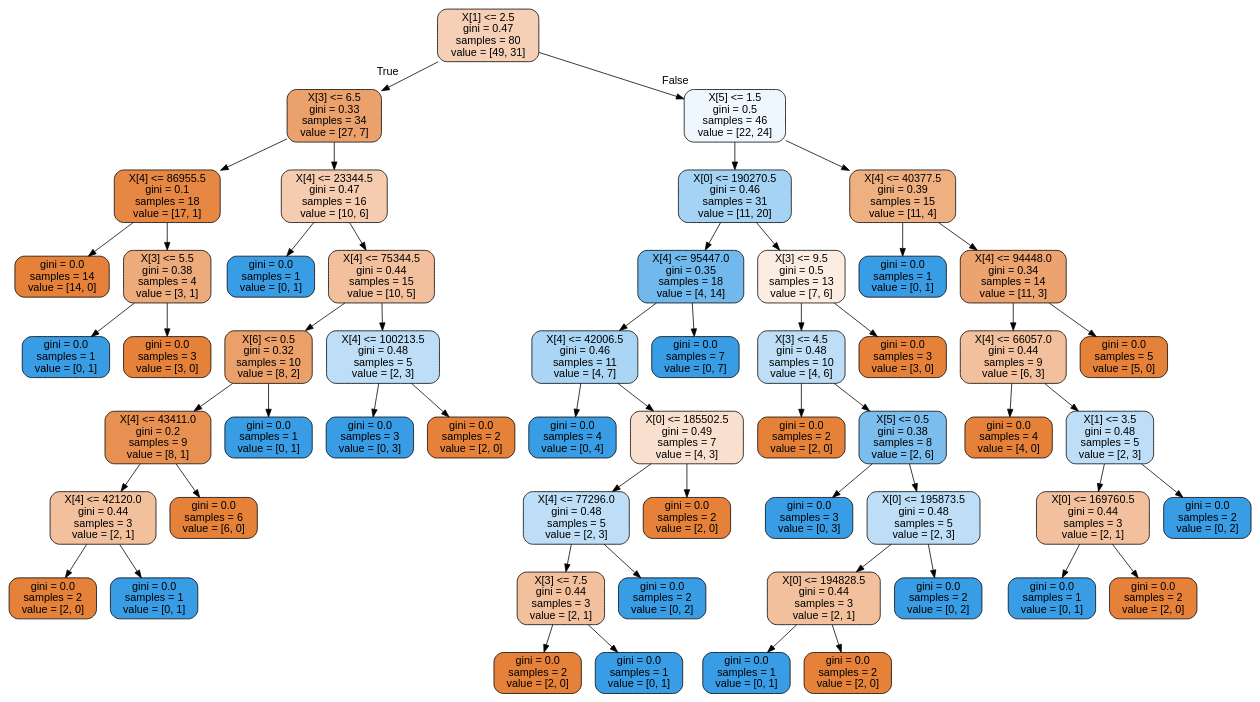
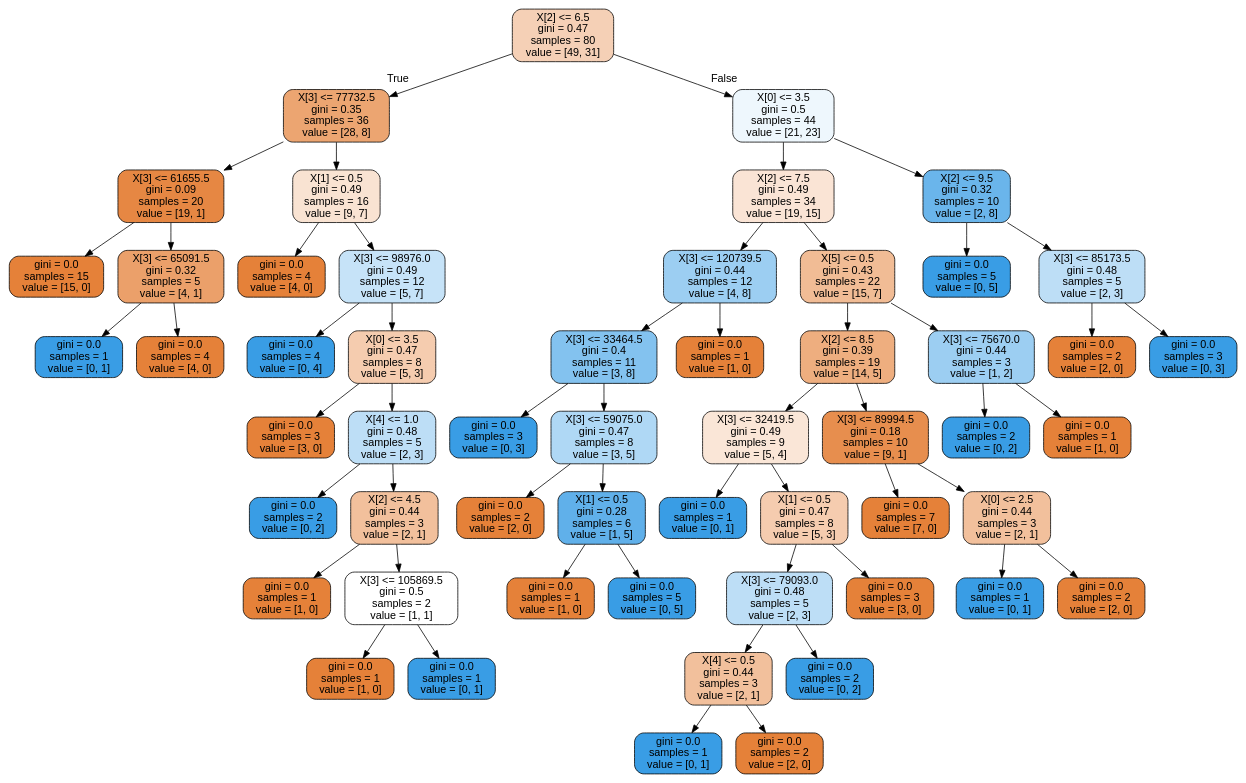
One commit to lostnthought247/DecisionTree1 changed the diagram in tree.dot. Above: the diagram before and after it, drawn with Graphviz. The commit also changed 1 other file, not shown here.

```diff
--- a/tree.dot
+++ b/tree.dot
@@ -1,113 +1,113 @@
 digraph Tree {
 node [shape=box, style="filled, rounded", color="black", fontname=helvetica] ;
 edge [fontname=helvetica] ;
-0 [label="X[1] <= 2.5\ngini = 0.47\nsamples = 80\nvalue = [49, 31]", fillcolor="#e581395e"] ;
-1 [label="X[3] <= 6.5\ngini = 0.33\nsamples = 34\nvalue = [27, 7]", fillcolor="#e58139bd"] ;
+0 [label="X[2] <= 6.5\ngini = 0.47\nsamples = 80\nvalue = [49, 31]", fillcolor="#e581395e"] ;
+1 [label="X[3] <= 77732.5\ngini = 0.35\nsamples = 36\nvalue = [28, 8]", fillcolor="#e58139b6"] ;
 0 -> 1 [labeldistance=2.5, labelangle=45, headlabel="True"] ;
-2 [label="X[4] <= 86955.5\ngini = 0.1\nsamples = 18\nvalue = [17, 1]", fillcolor="#e58139f0"] ;
+2 [label="X[3] <= 61655.5\ngini = 0.09\nsamples = 20\nvalue = [19, 1]", fillcolor="#e58139f2"] ;
 1 -> 2 ;
-3 [label="gini = 0.0\nsamples = 14\nvalue = [14, 0]", fillcolor="#e58139ff"] ;
+3 [label="gini = 0.0\nsamples = 15\nvalue = [15, 0]", fillcolor="#e58139ff"] ;
 2 -> 3 ;
-4 [label="X[3] <= 5.5\ngini = 0.38\nsamples = 4\nvalue = [3, 1]", fillcolor="#e58139aa"] ;
+4 [label="X[3] <= 65091.5\ngini = 0.32\nsamples = 5\nvalue = [4, 1]", fillcolor="#e58139bf"] ;
 2 -> 4 ;
 5 [label="gini = 0.0\nsamples = 1\nvalue = [0, 1]", fillcolor="#399de5ff"] ;
 4 -> 5 ;
-6 [label="gini = 0.0\nsamples = 3\nvalue = [3, 0]", fillcolor="#e58139ff"] ;
+6 [label="gini = 0.0\nsamples = 4\nvalue = [4, 0]", fillcolor="#e58139ff"] ;
 4 -> 6 ;
-7 [label="X[4] <= 23344.5\ngini = 0.47\nsamples = 16\nvalue = [10, 6]", fillcolor="#e5813966"] ;
+7 [label="X[1] <= 0.5\ngini = 0.49\nsamples = 16\nvalue = [9, 7]", fillcolor="#e5813939"] ;
 1 -> 7 ;
-8 [label="gini = 0.0\nsamples = 1\nvalue = [0, 1]", fillcolor="#399de5ff"] ;
+8 [label="gini = 0.0\nsamples = 4\nvalue = [4, 0]", fillcolor="#e58139ff"] ;
 7 -> 8 ;
-9 [label="X[4] <= 75344.5\ngini = 0.44\nsamples = 15\nvalue = [10, 5]", fillcolor="#e581397f"] ;
+9 [label="X[3] <= 98976.0\ngini = 0.49\nsamples = 12\nvalue = [5, 7]", fillcolor="#399de549"] ;
 7 -> 9 ;
-10 [label="X[6] <= 0.5\ngini = 0.32\nsamples = 10\nvalue = [8, 2]", fillcolor="#e58139bf"] ;
+10 [label="gini = 0.0\nsamples = 4\nvalue = [0, 4]", fillcolor="#399de5ff"] ;
 9 -> 10 ;
-11 [label="X[4] <= 43411.0\ngini = 0.2\nsamples = 9\nvalue = [8, 1]", fillcolor="#e58139df"] ;
-10 -> 11 ;
-12 [label="X[4] <= 42120.0\ngini = 0.44\nsamples = 3\nvalue = [2, 1]", fillcolor="#e581397f"] ;
+11 [label="X[0] <= 3.5\ngini = 0.47\nsamples = 8\nvalue = [5, 3]", fillcolor="#e5813966"] ;
+9 -> 11 ;
+12 [label="gini = 0.0\nsamples = 3\nvalue = [3, 0]", fillcolor="#e58139ff"] ;
 11 -> 12 ;
-13 [label="gini = 0.0\nsamples = 2\nvalue = [2, 0]", fillcolor="#e58139ff"] ;
-12 -> 13 ;
-14 [label="gini = 0.0\nsamples = 1\nvalue = [0, 1]", fillcolor="#399de5ff"] ;
-12 -> 14 ;
-15 [label="gini = 0.0\nsamples = 6\nvalue = [6, 0]", fillcolor="#e58139ff"] ;
-11 -> 15 ;
-16 [label="gini = 0.0\nsamples = 1\nvalue = [0, 1]", fillcolor="#399de5ff"] ;
-10 -> 16 ;
-17 [label="X[4] <= 100213.5\ngini = 0.48\nsamples = 5\nvalue = [2, 3]", fillcolor="#399de555"] ;
-9 -> 17 ;
-18 [label="gini = 0.0\nsamples = 3\nvalue = [0, 3]", fillcolor="#399de5ff"] ;
+13 [label="X[4] <= 1.0\ngini = 0.48\nsamples = 5\nvalue = [2, 3]", fillcolor="#399de555"] ;
+11 -> 13 ;
+14 [label="gini = 0.0\nsamples = 2\nvalue = [0, 2]", fillcolor="#399de5ff"] ;
+13 -> 14 ;
+15 [label="X[2] <= 4.5\ngini = 0.44\nsamples = 3\nvalue = [2, 1]", fillcolor="#e581397f"] ;
+13 -> 15 ;
+16 [label="gini = 0.0\nsamples = 1\nvalue = [1, 0]", fillcolor="#e58139ff"] ;
+15 -> 16 ;
+17 [label="X[3] <= 105869.5\ngini = 0.5\nsamples = 2\nvalue = [1, 1]", fillcolor="#e5813900"] ;
+15 -> 17 ;
+18 [label="gini = 0.0\nsamples = 1\nvalue = [1, 0]", fillcolor="#e58139ff"] ;
 17 -> 18 ;
-19 [label="gini = 0.0\nsamples = 2\nvalue = [2, 0]", fillcolor="#e58139ff"] ;
+19 [label="gini = 0.0\nsamples = 1\nvalue = [0, 1]", fillcolor="#399de5ff"] ;
 17 -> 19 ;
-20 [label="X[5] <= 1.5\ngini = 0.5\nsamples = 46\nvalue = [22, 24]", fillcolor="#399de515"] ;
+20 [label="X[0] <= 3.5\ngini = 0.5\nsamples = 44\nvalue = [21, 23]", fillcolor="#399de516"] ;
 0 -> 20 [labeldistance=2.5, labelangle=-45, headlabel="False"] ;
-21 [label="X[0] <= 190270.5\ngini = 0.46\nsamples = 31\nvalue = [11, 20]", fillcolor="#399de573"] ;
+21 [label="X[2] <= 7.5\ngini = 0.49\nsamples = 34\nvalue = [19, 15]", fillcolor="#e5813936"] ;
 20 -> 21 ;
-22 [label="X[4] <= 95447.0\ngini = 0.35\nsamples = 18\nvalue = [4, 14]", fillcolor="#399de5b6"] ;
+22 [label="X[3] <= 120739.5\ngini = 0.44\nsamples = 12\nvalue = [4, 8]", fillcolor="#399de57f"] ;
 21 -> 22 ;
-23 [label="X[4] <= 42006.5\ngini = 0.46\nsamples = 11\nvalue = [4, 7]", fillcolor="#399de56d"] ;
+23 [label="X[3] <= 33464.5\ngini = 0.4\nsamples = 11\nvalue = [3, 8]", fillcolor="#399de59f"] ;
 22 -> 23 ;
-24 [label="gini = 0.0\nsamples = 4\nvalue = [0, 4]", fillcolor="#399de5ff"] ;
+24 [label="gini = 0.0\nsamples = 3\nvalue = [0, 3]", fillcolor="#399de5ff"] ;
 23 -> 24 ;
-25 [label="X[0] <= 185502.5\ngini = 0.49\nsamples = 7\nvalue = [4, 3]", fillcolor="#e5813940"] ;
+25 [label="X[3] <= 59075.0\ngini = 0.47\nsamples = 8\nvalue = [3, 5]", fillcolor="#399de566"] ;
 23 -> 25 ;
-26 [label="X[4] <= 77296.0\ngini = 0.48\nsamples = 5\nvalue = [2, 3]", fillcolor="#399de555"] ;
+26 [label="gini = 0.0\nsamples = 2\nvalue = [2, 0]", fillcolor="#e58139ff"] ;
 25 -> 26 ;
-27 [label="X[3] <= 7.5\ngini = 0.44\nsamples = 3\nvalue = [2, 1]", fillcolor="#e581397f"] ;
-26 -> 27 ;
-28 [label="gini = 0.0\nsamples = 2\nvalue = [2, 0]", fillcolor="#e58139ff"] ;
+27 [label="X[1] <= 0.5\ngini = 0.28\nsamples = 6\nvalue = [1, 5]", fillcolor="#399de5cc"] ;
+25 -> 27 ;
+28 [label="gini = 0.0\nsamples = 1\nvalue = [1, 0]", fillcolor="#e58139ff"] ;
 27 -> 28 ;
-29 [label="gini = 0.0\nsamples = 1\nvalue = [0, 1]", fillcolor="#399de5ff"] ;
+29 [label="gini = 0.0\nsamples = 5\nvalue = [0, 5]", fillcolor="#399de5ff"] ;
 27 -> 29 ;
-30 [label="gini = 0.0\nsamples = 2\nvalue = [0, 2]", fillcolor="#399de5ff"] ;
-26 -> 30 ;
-31 [label="gini = 0.0\nsamples = 2\nvalue = [2, 0]", fillcolor="#e58139ff"] ;
-25 -> 31 ;
-32 [label="gini = 0.0\nsamples = 7\nvalue = [0, 7]", fillcolor="#399de5ff"] ;
-22 -> 32 ;
-33 [label="X[3] <= 9.5\ngini = 0.5\nsamples = 13\nvalue = [7, 6]", fillcolor="#e5813924"] ;
-21 -> 33 ;
-34 [label="X[3] <= 4.5\ngini = 0.48\nsamples = 10\nvalue = [4, 6]", fillcolor="#399de555"] ;
+30 [label="gini = 0.0\nsamples = 1\nvalue = [1, 0]", fillcolor="#e58139ff"] ;
+22 -> 30 ;
+31 [label="X[5] <= 0.5\ngini = 0.43\nsamples = 22\nvalue = [15, 7]", fillcolor="#e5813988"] ;
+21 -> 31 ;
+32 [label="X[2] <= 8.5\ngini = 0.39\nsamples = 19\nvalue = [14, 5]", fillcolor="#e58139a4"] ;
+31 -> 32 ;
+33 [label="X[3] <= 32419.5\ngini = 0.49\nsamples = 9\nvalue = [5, 4]", fillcolor="#e5813933"] ;
+32 -> 33 ;
+34 [label="gini = 0.0\nsamples = 1\nvalue = [0, 1]", fillcolor="#399de5ff"] ;
 33 -> 34 ;
-35 [label="gini = 0.0\nsamples = 2\nvalue = [2, 0]", fillcolor="#e58139ff"] ;
-34 -> 35 ;
-36 [label="X[5] <= 0.5\ngini = 0.38\nsamples = 8\nvalue = [2, 6]", fillcolor="#399de5aa"] ;
-34 -> 36 ;
-37 [label="gini = 0.0\nsamples = 3\nvalue = [0, 3]", fillcolor="#399de5ff"] ;
+35 [label="X[1] <= 0.5\ngini = 0.47\nsamples = 8\nvalue = [5, 3]", fillcolor="#e5813966"] ;
+33 -> 35 ;
+36 [label="X[3] <= 79093.0\ngini = 0.48\nsamples = 5\nvalue = [2, 3]", fillcolor="#399de555"] ;
+35 -> 36 ;
+37 [label="X[4] <= 0.5\ngini = 0.44\nsamples = 3\nvalue = [2, 1]", fillcolor="#e581397f"] ;
 36 -> 37 ;
-38 [label="X[0] <= 195873.5\ngini = 0.48\nsamples = 5\nvalue = [2, 3]", fillcolor="#399de555"] ;
-36 -> 38 ;
-39 [label="X[0] <= 194828.5\ngini = 0.44\nsamples = 3\nvalue = [2, 1]", fillcolor="#e581397f"] ;
-38 -> 39 ;
-40 [label="gini = 0.0\nsamples = 1\nvalue = [0, 1]", fillcolor="#399de5ff"] ;
-39 -> 40 ;
-41 [label="gini = 0.0\nsamples = 2\nvalue = [2, 0]", fillcolor="#e58139ff"] ;
-39 -> 41 ;
-42 [label="gini = 0.0\nsamples = 2\nvalue = [0, 2]", fillcolor="#399de5ff"] ;
-38 -> 42 ;
-43 [label="gini = 0.0\nsamples = 3\nvalue = [3, 0]", fillcolor="#e58139ff"] ;
-33 -> 43 ;
-44 [label="X[4] <= 40377.5\ngini = 0.39\nsamples = 15\nvalue = [11, 4]", fillcolor="#e58139a2"] ;
-20 -> 44 ;
+38 [label="gini = 0.0\nsamples = 1\nvalue = [0, 1]", fillcolor="#399de5ff"] ;
+37 -> 38 ;
+39 [label="gini = 0.0\nsamples = 2\nvalue = [2, 0]", fillcolor="#e58139ff"] ;
+37 -> 39 ;
+40 [label="gini = 0.0\nsamples = 2\nvalue = [0, 2]", fillcolor="#399de5ff"] ;
+36 -> 40 ;
+41 [label="gini = 0.0\nsamples = 3\nvalue = [3, 0]", fillcolor="#e58139ff"] ;
+35 -> 41 ;
+42 [label="X[3] <= 89994.5\ngini = 0.18\nsamples = 10\nvalue = [9, 1]", fillcolor="#e58139e3"] ;
+32 -> 42 ;
+43 [label="gini = 0.0\nsamples = 7\nvalue = [7, 0]", fillcolor="#e58139ff"] ;
+42 -> 43 ;
+44 [label="X[0] <= 2.5\ngini = 0.44\nsamples = 3\nvalue = [2, 1]", fillcolor="#e581397f"] ;
+42 -> 44 ;
 45 [label="gini = 0.0\nsamples = 1\nvalue = [0, 1]", fillcolor="#399de5ff"] ;
 44 -> 45 ;
-46 [label="X[4] <= 94448.0\ngini = 0.34\nsamples = 14\nvalue = [11, 3]", fillcolor="#e58139b9"] ;
+46 [label="gini = 0.0\nsamples = 2\nvalue = [2, 0]", fillcolor="#e58139ff"] ;
 44 -> 46 ;
-47 [label="X[4] <= 66057.0\ngini = 0.44\nsamples = 9\nvalue = [6, 3]", fillcolor="#e581397f"] ;
-46 -> 47 ;
-48 [label="gini = 0.0\nsamples = 4\nvalue = [4, 0]", fillcolor="#e58139ff"] ;
+47 [label="X[3] <= 75670.0\ngini = 0.44\nsamples = 3\nvalue = [1, 2]", fillcolor="#399de57f"] ;
+31 -> 47 ;
+48 [label="gini = 0.0\nsamples = 2\nvalue = [0, 2]", fillcolor="#399de5ff"] ;
 47 -> 48 ;
-49 [label="X[1] <= 3.5\ngini = 0.48\nsamples = 5\nvalue = [2, 3]", fillcolor="#399de555"] ;
+49 [label="gini = 0.0\nsamples = 1\nvalue = [1, 0]", fillcolor="#e58139ff"] ;
 47 -> 49 ;
-50 [label="X[0] <= 169760.5\ngini = 0.44\nsamples = 3\nvalue = [2, 1]", fillcolor="#e581397f"] ;
-49 -> 50 ;
-51 [label="gini = 0.0\nsamples = 1\nvalue = [0, 1]", fillcolor="#399de5ff"] ;
+50 [label="X[2] <= 9.5\ngini = 0.32\nsamples = 10\nvalue = [2, 8]", fillcolor="#399de5bf"] ;
+20 -> 50 ;
+51 [label="gini = 0.0\nsamples = 5\nvalue = [0, 5]", fillcolor="#399de5ff"] ;
 50 -> 51 ;
-52 [label="gini = 0.0\nsamples = 2\nvalue = [2, 0]", fillcolor="#e58139ff"] ;
+52 [label="X[3] <= 85173.5\ngini = 0.48\nsamples = 5\nvalue = [2, 3]", fillcolor="#399de555"] ;
 50 -> 52 ;
-53 [label="gini = 0.0\nsamples = 2\nvalue = [0, 2]", fillcolor="#399de5ff"] ;
-49 -> 53 ;
-54 [label="gini = 0.0\nsamples = 5\nvalue = [5, 0]", fillcolor="#e58139ff"] ;
-46 -> 54 ;
+53 [label="gini = 0.0\nsamples = 2\nvalue = [2, 0]", fillcolor="#e58139ff"] ;
+52 -> 53 ;
+54 [label="gini = 0.0\nsamples = 3\nvalue = [0, 3]", fillcolor="#399de5ff"] ;
+52 -> 54 ;
 }
```
